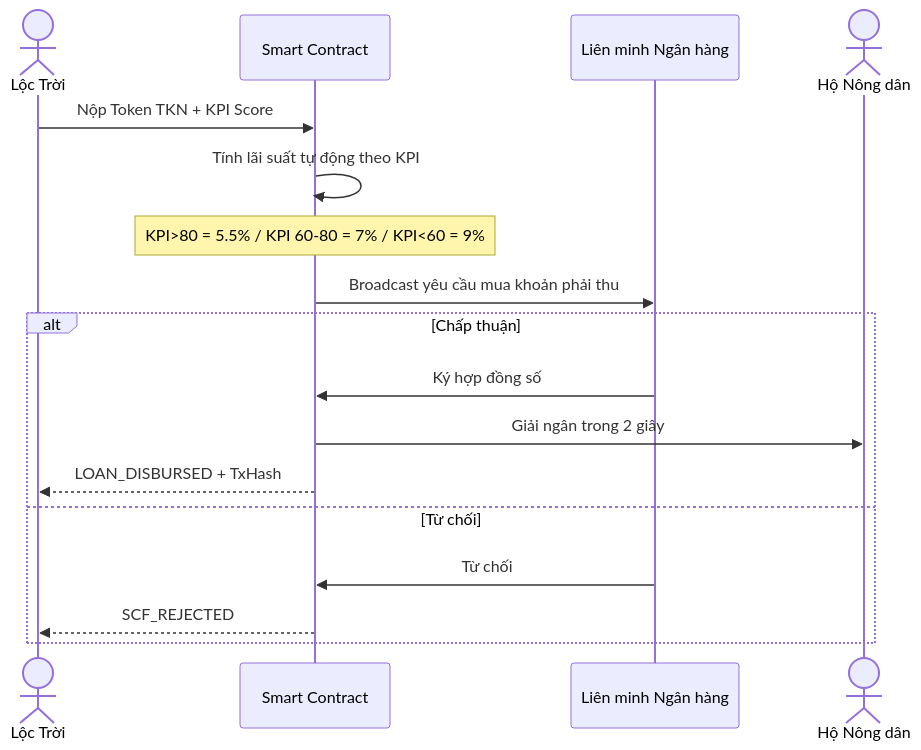
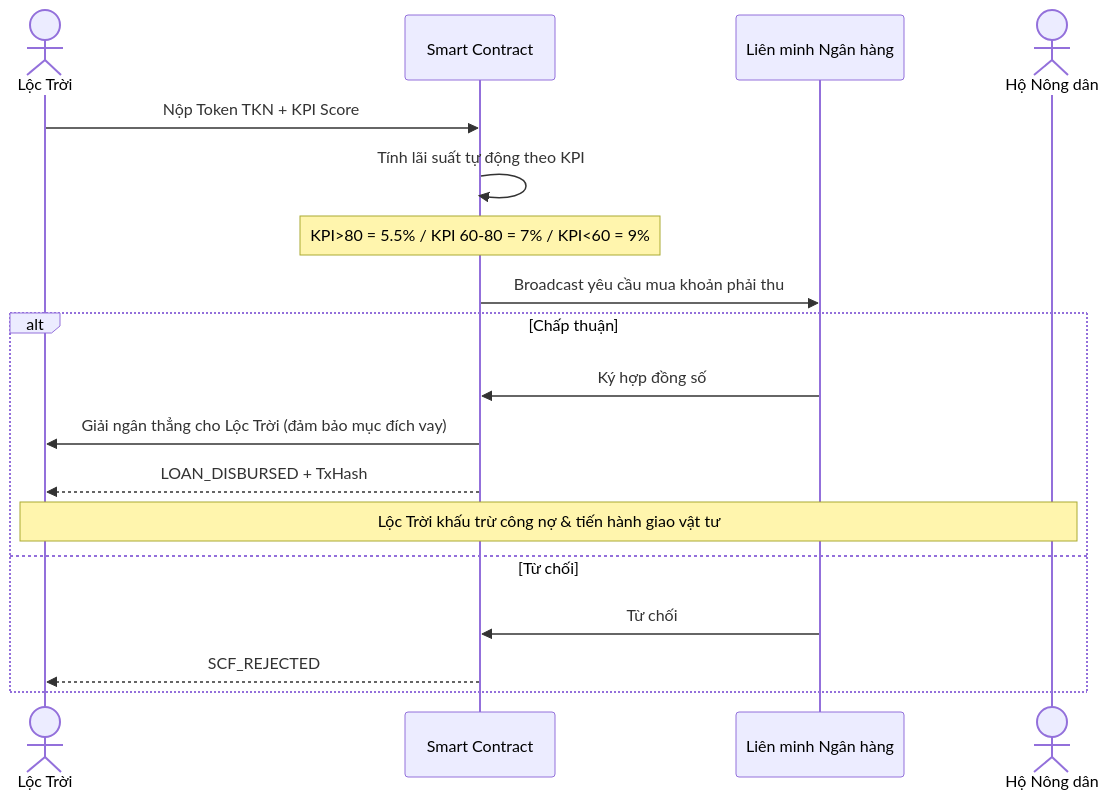
Before and after one commit to yudnhat25/loctroi-app: the fourth of 5 diagrams in SYSTEM_DOCS.md, drawn with Mermaid. The commit also changed other lines of this file and 3 other files, not shown here.

````diff
--- a/SYSTEM_DOCS.md
+++ b/SYSTEM_DOCS.md
@@ -110,20 +110,21 @@
 ```mermaid
 sequenceDiagram
     actor LT as Lộc Trời
     participant SC as Smart Contract
     participant Bank as Liên minh Ngân hàng
     actor F as Hộ Nông dân
 
     LT->>SC: Nộp Token TKN + KPI Score
     SC->>SC: Tính lãi suất tự động theo KPI
     Note over SC: KPI>80 = 5.5% / KPI 60-80 = 7% / KPI<60 = 9%
     SC->>Bank: Broadcast yêu cầu mua khoản phải thu
     alt Chấp thuận
         Bank->>SC: Ký hợp đồng số
-        SC->>F: Giải ngân trong 2 giây
+        SC->>LT: Giải ngân thẳng cho Lộc Trời (đảm bảo mục đích vay)
         SC-->>LT: LOAN_DISBURSED + TxHash
+        Note over LT,F: Lộc Trời khấu trừ công nợ & tiến hành giao vật tư
     else Từ chối
         Bank->>SC: Từ chối
         SC-->>LT: SCF_REJECTED
     end
 ```
````
